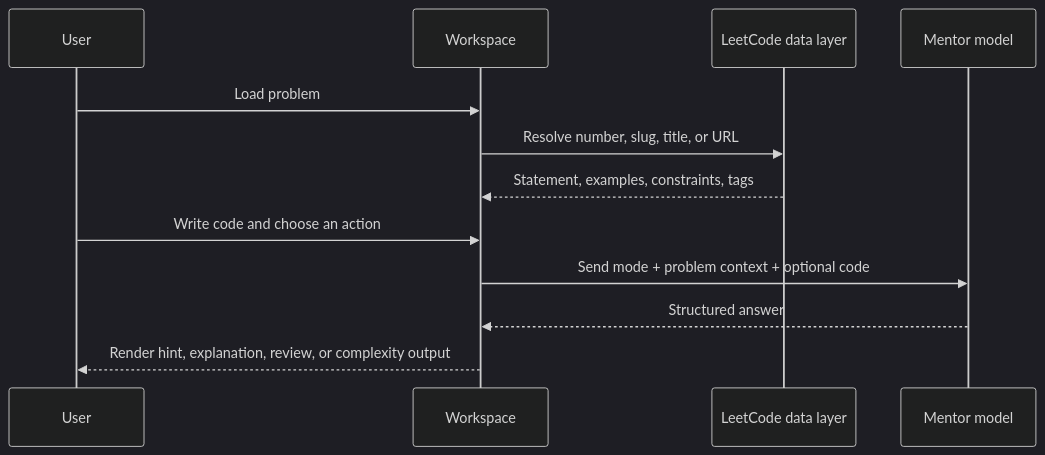
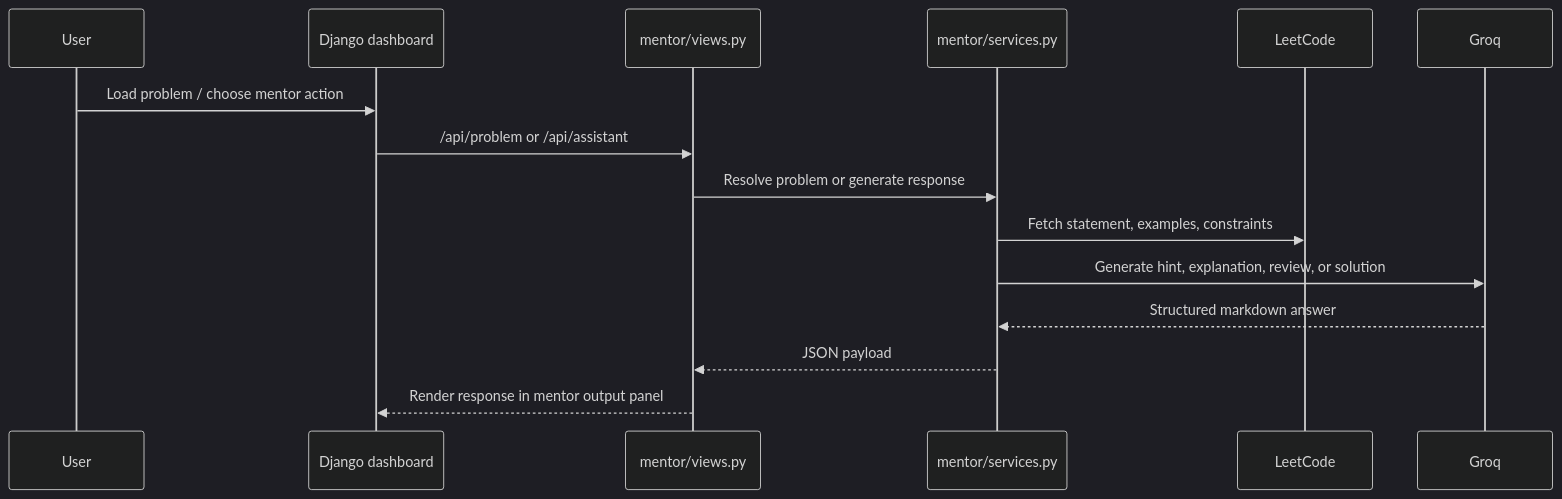
The fourth of 8 diagrams in README.md (Harshpreet1729/LeetMentor), drawn with Mermaid (dark theme) before and after one commit. The commit also changed other lines of this file, not shown here.

Commit message:
Redesign README with architecture diagrams

````diff
--- a/README.md
+++ b/README.md
@@ -158,15 +167,18 @@
 ```mermaid
 sequenceDiagram
-    participant U as User
-    participant UI as Workspace
-    participant LC as LeetCode data layer
-    participant AI as Mentor model
+    participant User
+    participant Web as Django dashboard
+    participant Views as mentor/views.py
+    participant Service as mentor/services.py
+    participant LC as LeetCode
+    participant AI as Groq
 
-    U->>UI: Load problem
-    UI->>LC: Resolve number, slug, title, or URL
-    LC-->>UI: Statement, examples, constraints, tags
-    U->>UI: Write code and choose an action
-    UI->>AI: Send mode + problem context + optional code
-    AI-->>UI: Structured answer
-    UI-->>U: Render hint, explanation, review, or complexity output
+    User->>Web: Load problem / choose mentor action
+    Web->>Views: /api/problem or /api/assistant
+    Views->>Service: Resolve problem or generate response
+    Service->>LC: Fetch statement, examples, constraints
+    Service->>AI: Generate hint, explanation, review, or solution
+    AI-->>Service: Structured markdown answer
+    Service-->>Views: JSON payload
+    Views-->>Web: Render response in mentor output panel
 ```
````
